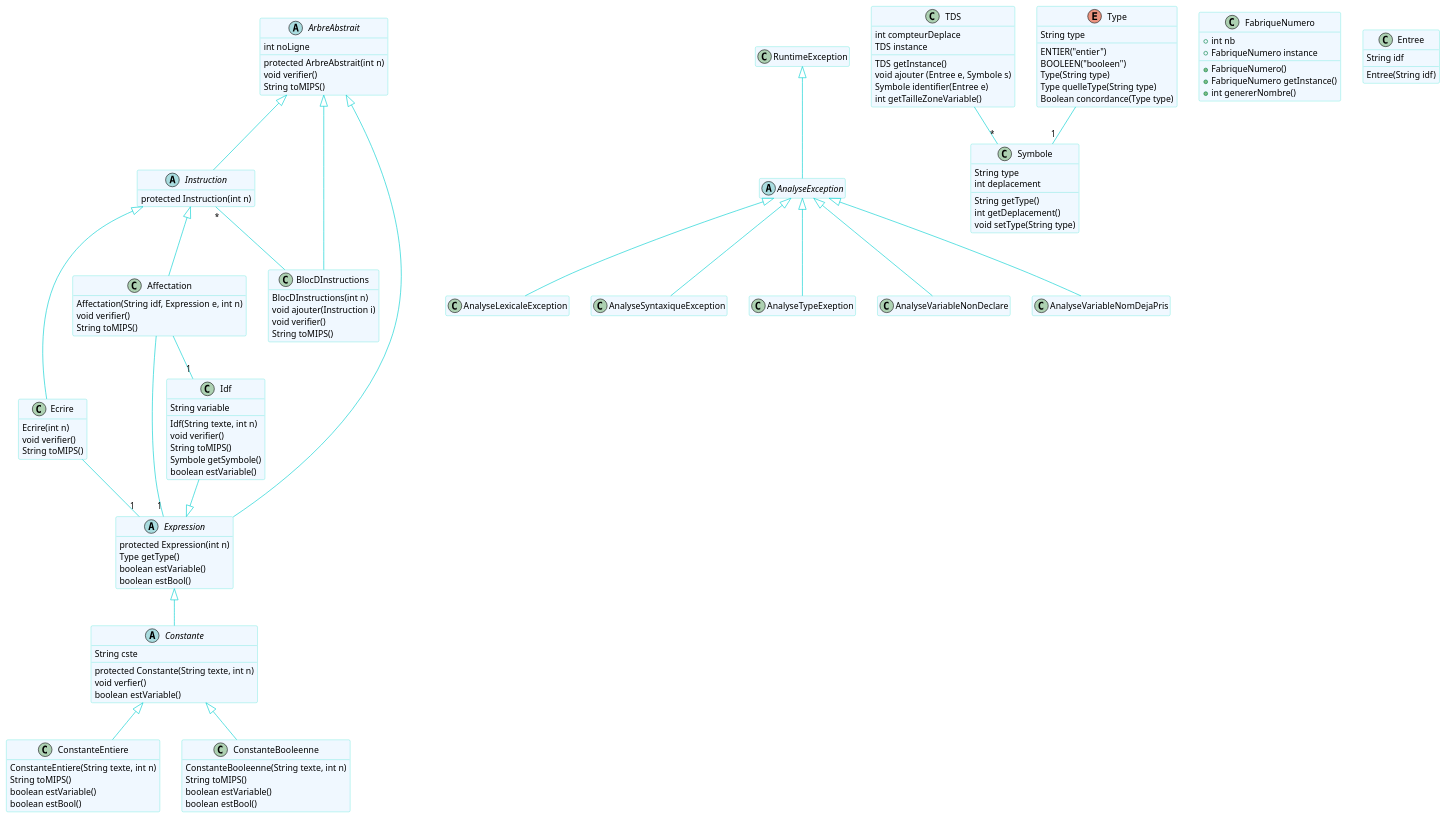
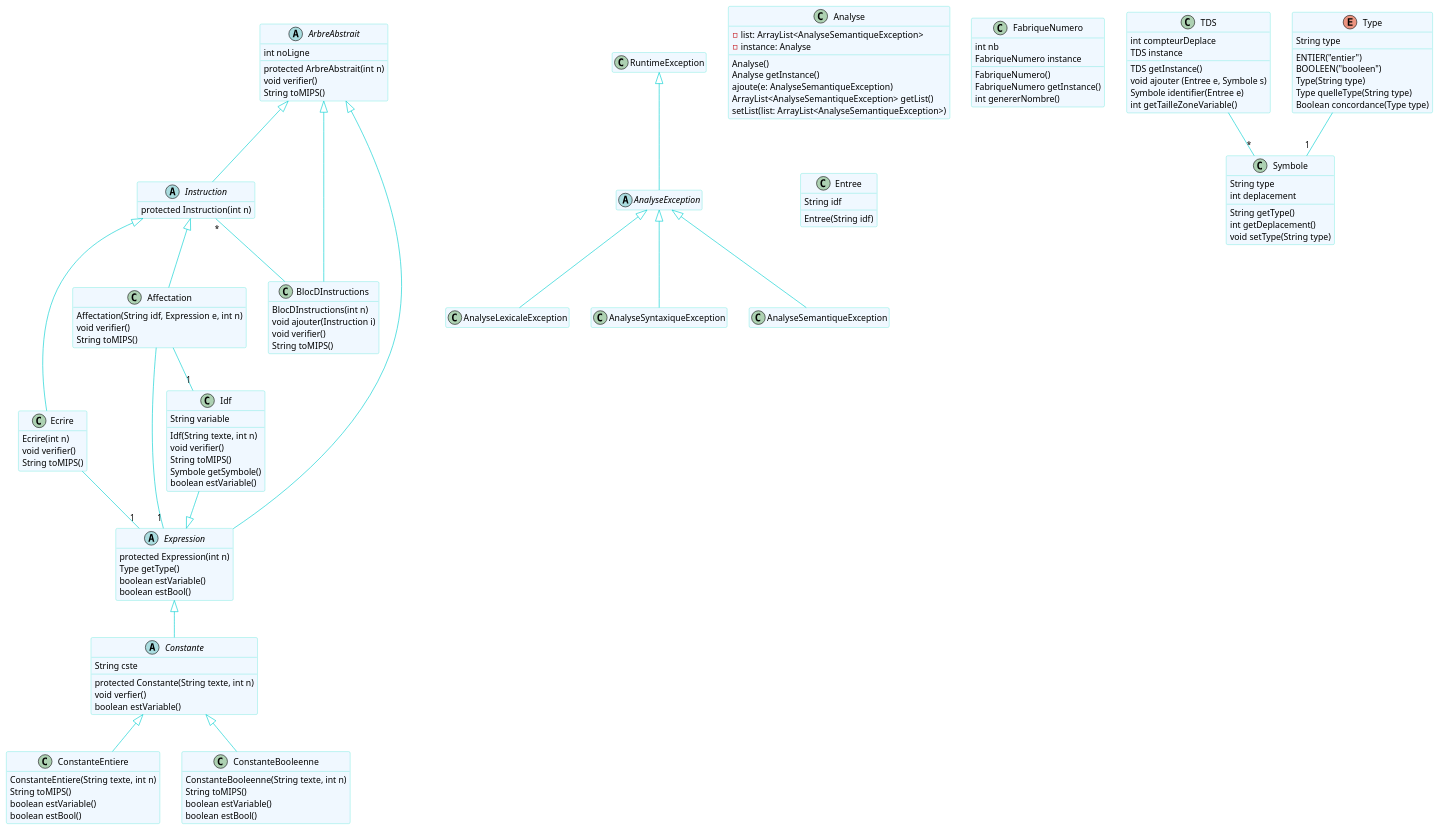
Before and after one commit to madisonnoyer54/Zoot: the diagram in src/uml/diagramme.puml, drawn with PlantUML.

Commit message:
modification du diagramme de classe

```diff
--- a/src/uml/diagramme.puml
+++ b/src/uml/diagramme.puml
@@ -1,150 +1,158 @@
 @startuml
 skinparam class {
 BackgroundColor AliceBlue
 ArrowColor DarkTurquoise
 BorderColor Turquoise
 }
 
 skinparam stereotypeCBackgroundColor DarkTurquoise
 skinparam stereotypeIBackgroundColor Magenta
 skinparam stereotypeABackgroundColor Yellow
 
 hide stereotype
 hide empty member
 
 abstract class AnalyseException
 
 AnalyseException -up-|> RuntimeException
 
 AnalyseLexicaleException -up-|> AnalyseException
 AnalyseSyntaxiqueException -up-|> AnalyseException
-AnalyseTypeExeption -up-|> AnalyseException
-AnalyseVariableNonDeclare -up-|> AnalyseException
-AnalyseVariableNomDejaPris -up-|> AnalyseException
+AnalyseSemantiqueException -up-|> AnalyseException
+
+class Analyse {
+  -list: ArrayList<AnalyseSemantiqueException>
+  -instance: Analyse
+  Analyse()
+  Analyse getInstance()
+  ajoute(e: AnalyseSemantiqueException)
+  ArrayList<AnalyseSemantiqueException> getList()
+  setList(list: ArrayList<AnalyseSemantiqueException>)
+}
 
 abstract class ArbreAbstrait {
    int noLigne
    protected ArbreAbstrait(int n)
    void verifier()
    String toMIPS()
 }
 
 class BlocDInstructions {
    BlocDInstructions(int n)
    void ajouter(Instruction i)
    void verifier()
    String toMIPS()
 }
 
 BlocDInstructions -up-|> ArbreAbstrait
 BlocDInstructions -up- "*" Instruction
 
 abstract class Instruction {
    protected Instruction(int n)
 }
 
 Instruction -up-|> ArbreAbstrait
 class Ecrire {
    Ecrire(int n)
    void verifier()
    String toMIPS()
 }
 
 Ecrire  -up-|> Instruction
 
 abstract class Expression {
    protected Expression(int n)
    Type getType()
    boolean estVariable()
    boolean estBool()
 }
 
 Expression  -up-|> ArbreAbstrait
 Ecrire - "1" Expression
 
 abstract class Constante {
    String cste
    protected Constante(String texte, int n)
    void verfier()
    boolean estVariable()
 }
 
 Constante  -up-|> Expression
 
 class ConstanteEntiere {
    ConstanteEntiere(String texte, int n)
    String toMIPS()
    boolean estVariable()
    boolean estBool()
 }
 
 class ConstanteBooleenne {
    ConstanteBooleenne(String texte, int n)
    String toMIPS()
    boolean estVariable()
    boolean estBool()
 }
 
 class TDS {
 int compteurDeplace
 TDS instance
 TDS getInstance()
 void ajouter (Entree e, Symbole s)
 Symbole identifier(Entree e)
 int getTailleZoneVariable()
 }
 class FabriqueNumero {
-  +int nb
-  +FabriqueNumero instance
-  +FabriqueNumero()
-  +FabriqueNumero getInstance()
-  +int genererNombre()
+  int nb
+  FabriqueNumero instance
+  FabriqueNumero()
+  FabriqueNumero getInstance()
+  int genererNombre()
 }
 
 class Symbole{
 String type
 int deplacement
 String getType()
 int getDeplacement()
 void setType(String type)
 }
 
 TDS --"*" Symbole
 Type --"1" Symbole
 
 ConstanteEntiere  -up-|> Constante
 ConstanteBooleenne  -up-|> Constante
 
 enum Type{
 ENTIER("entier")
 BOOLEEN("booleen")
 String type
 Type(String type)
 Type quelleType(String type)
 Boolean concordance(Type type)
 }
 
 class Entree{
 String idf
 Entree(String idf)
 }
 
 class Affectation {
 Affectation(String idf, Expression e, int n)
 void verifier()
 String toMIPS()
 }
 Affectation --"1" Idf
 Affectation --"1" Expression
 Affectation  -up-|> Instruction
 
 class Idf{
 String variable
 Idf(String texte, int n)
 void verifier()
 String toMIPS()
 Symbole getSymbole()
 boolean estVariable()
 }
 Idf --|> Expression
 @enduml
```
